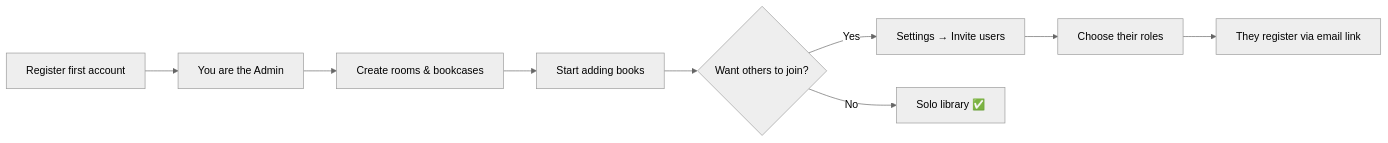
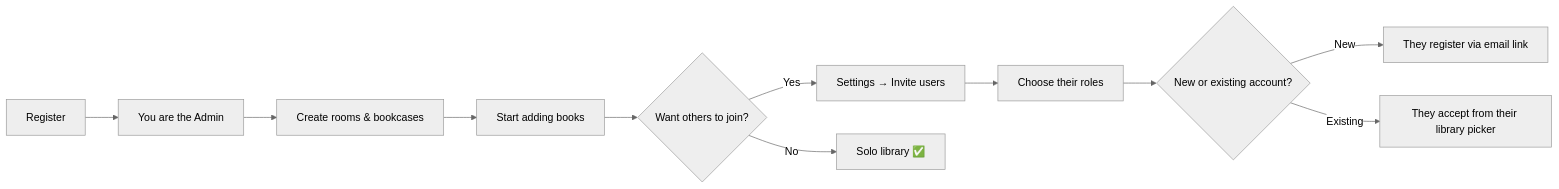
Before and after one commit to jinbocho/jinbocho.github.io: the second of 2 diagrams in docs/user/09-user-management.md, drawn with Mermaid (neutral theme). The commit also changed other lines of this file and 70 other files, not shown here.

````diff
--- a/docs/user/09-user-management.md
+++ b/docs/user/09-user-management.md
@@ -167,11 +213,13 @@
 ```mermaid
 flowchart LR
-    A[Register first account] --> B[You are the Admin]
+    A[Register] --> B[You are the Admin]
     B --> C[Create rooms & bookcases]
     C --> D[Start adding books]
     D --> E{Want others to join?}
     E -- Yes --> F[Settings → Invite users]
     F --> G[Choose their roles]
-    G --> H[They register via email link]
-    E -- No --> I[Solo library ✅]
+    G --> H{New or existing account?}
+    H -- New --> I[They register via email link]
+    H -- Existing --> J[They accept from their library picker]
+    E -- No --> K[Solo library ✅]
 ```
````
